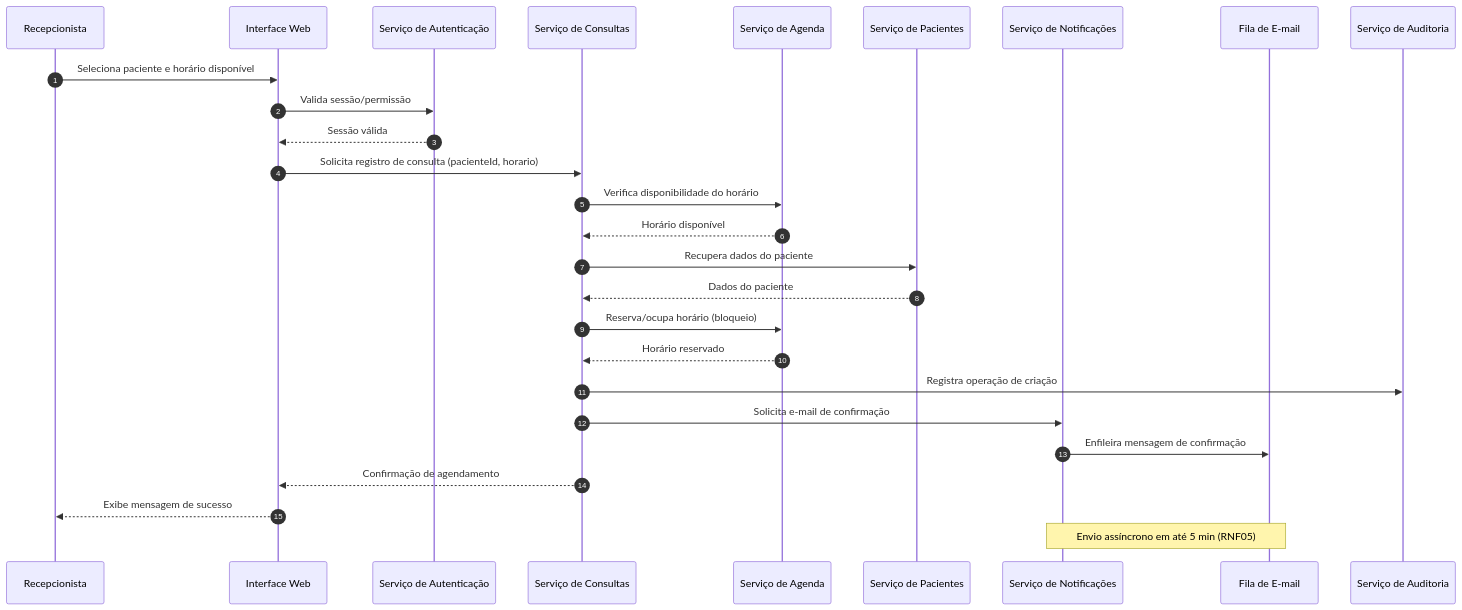
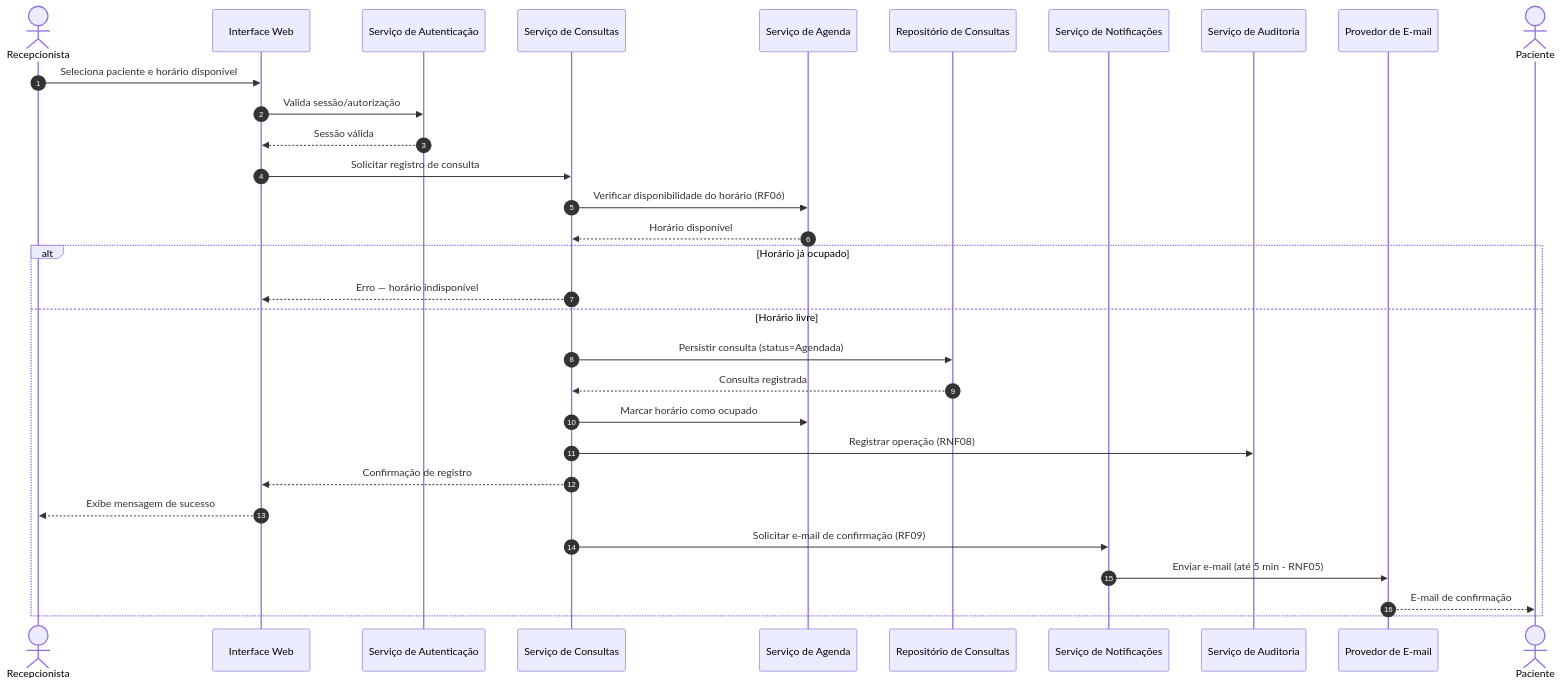
The second of 4 diagrams in docs/Time_2_Design/analise-qualitativa/outputs/relatorio_claude_opus_4_8_P02.md (PDC-ESIA/AI4ES), drawn with Mermaid before and after one commit. The commit also changed other lines of this file and 107 other files, not shown here.

````diff
--- a/docs/Time_2_Design/analise-qualitativa/outputs/relatorio_claude_opus_4_8_P02.md
+++ b/docs/Time_2_Design/analise-qualitativa/outputs/relatorio_claude_opus_4_8_P02.md
@@ -83,30 +74,34 @@
 ```mermaid
 sequenceDiagram
     autonumber
-    participant R as Recepcionista
+    actor R as Recepcionista
     participant UI as Interface Web
     participant AUTH as Serviço de Autenticação
-    participant CONS as Serviço de Consultas
+    participant CON as Serviço de Consultas
     participant AGE as Serviço de Agenda
-    participant PAC as Serviço de Pacientes
-    participant NOTIF as Serviço de Notificações
-    participant FILA as Fila de E-mail
+    participant RC as Repositório de Consultas
+    participant NOT as Serviço de Notificações
     participant LOG as Serviço de Auditoria
+    participant MAIL as Provedor de E-mail
+    actor P as Paciente
 
     R->>UI: Seleciona paciente e horário disponível
-    UI->>AUTH: Valida sessão/permissão
+    UI->>AUTH: Valida sessão/autorização
     AUTH-->>UI: Sessão válida
-    UI->>CONS: Solicita registro de consulta (pacienteId, horario)
-    CONS->>AGE: Verifica disponibilidade do horário
-    AGE-->>CONS: Horário disponível
-    CONS->>PAC: Recupera dados do paciente
-    PAC-->>CONS: Dados do paciente
-    CONS->>AGE: Reserva/ocupa horário (bloqueio)
-    AGE-->>CONS: Horário reservado
-    CONS->>LOG: Registra operação de criação
-    CONS->>NOTIF: Solicita e-mail de confirmação
-    NOTIF->>FILA: Enfileira mensagem de confirmação
-    CONS-->>UI: Confirmação de agendamento
-    UI-->>R: Exibe mensagem de sucesso
-    Note over FILA,NOTIF: Envio assíncrono em até 5 min (RNF05)
+    UI->>CON: Solicitar registro de consulta
+    CON->>AGE: Verificar disponibilidade do horário (RF06)
+    AGE-->>CON: Horário disponível
+    alt Horário já ocupado
+        CON-->>UI: Erro — horário indisponível
+    else Horário livre
+        CON->>RC: Persistir consulta (status=Agendada)
+        RC-->>CON: Consulta registrada
+        CON->>AGE: Marcar horário como ocupado
+        CON->>LOG: Registrar operação (RNF08)
+        CON-->>UI: Confirmação de registro
+        UI-->>R: Exibe mensagem de sucesso
+        CON->>NOT: Solicitar e-mail de confirmação (RF09)
+        NOT->>MAIL: Enviar e-mail (até 5 min - RNF05)
+        MAIL-->>P: E-mail de confirmação
+    end
 ```
````
